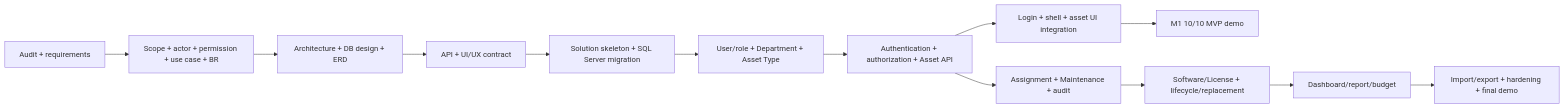
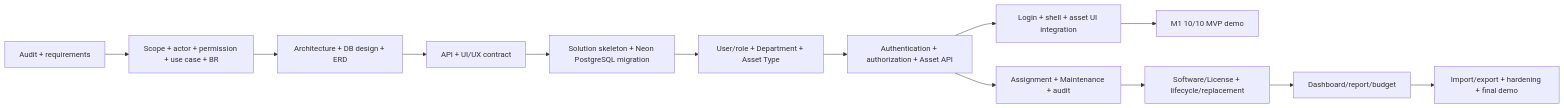
Before and after one commit to tthuy05/hethongqltaisancntt: the diagram in docs/task-dependencies.md, drawn with Mermaid. The commit also changed other lines of this file and 32 other files, not shown here.

````diff
--- a/docs/task-dependencies.md
+++ b/docs/task-dependencies.md
@@ -5,15 +5,15 @@
 ```mermaid
 flowchart LR
   A[Audit + requirements] --> B[Scope + actor + permission + use case + BR]
   B --> C[Architecture + DB design + ERD]
   C --> D[API + UI/UX contract]
-  D --> E[Solution skeleton + SQL Server migration]
+  D --> E[Solution skeleton + Neon PostgreSQL migration]
   E --> F[User/role + Department + Asset Type]
   F --> G[Authentication + authorization + Asset API]
   G --> H[Login + shell + asset UI integration]
   H --> M1[M1 10/10 MVP demo]
   G --> I[Assignment + Maintenance + audit]
   I --> J[Software/License + lifecycle/replacement]
   J --> K[Dashboard/report/budget]
   K --> L[Import/export + hardening + final demo]
 ```
````
